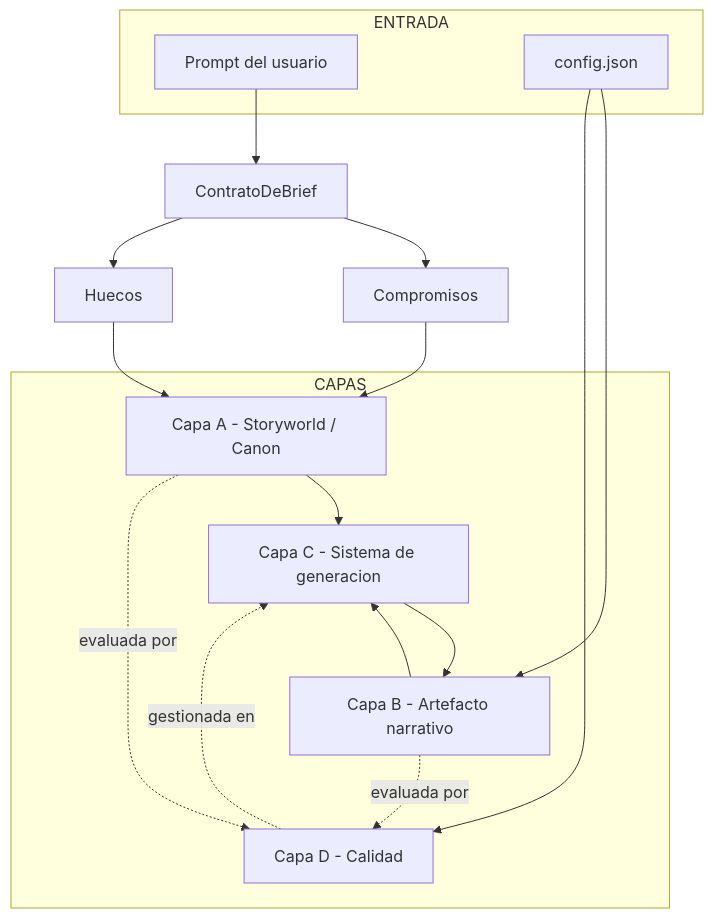
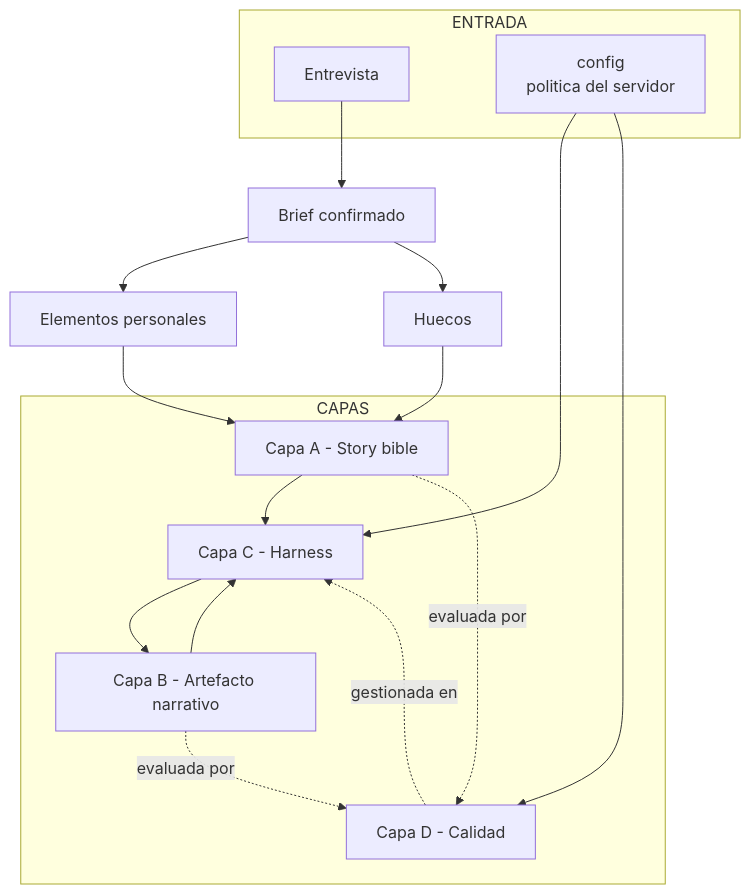
One commit to JNico-rb/story-maker changed the first of 10 diagrams in docs/architecture.md. Above: the diagram before and after it, drawn with Mermaid. The commit also changed other lines of this file and 35 other files, not shown here.

````diff
--- a/docs/architecture.md
+++ b/docs/architecture.md
@@ -21,30 +23,30 @@
 ```mermaid
 graph TD
     subgraph ENTRADA
-        SEM[Prompt del usuario]
-        CFG[config.json]
+        ENT[Entrevista]
+        CFG[config<br/>politica del servidor]
     end
 
-    SEM --> CB[ContratoDeBrief]
-    CB --> COMP[Compromisos]
-    CB --> HUE[Huecos]
+    ENT --> BRF[Brief confirmado]
+    BRF --> ELE[Elementos personales]
+    BRF --> HUE[Huecos]
 
-    COMP --> A
+    ELE --> A
     HUE --> A
-    CFG --> B
+    CFG --> C
     CFG --> D
 
     subgraph CAPAS
-        A[Capa A - Storyworld / Canon]
+        A[Capa A - Story bible]
         B[Capa B - Artefacto narrativo]
-        C[Capa C - Sistema de generacion]
+        C[Capa C - Harness]
         D[Capa D - Calidad]
     end
 
     A --> C
     B --> C
     C --> B
     A -.evaluada por.-> D
     B -.evaluada por.-> D
     D -.gestionada en.-> C
 ```
````
